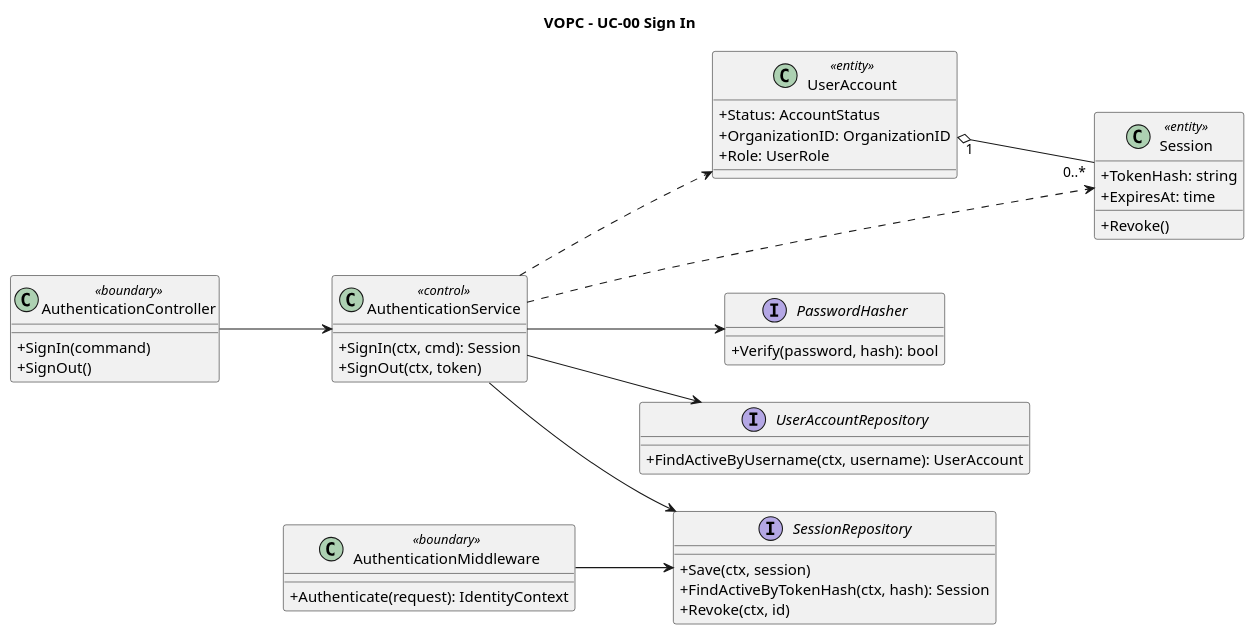
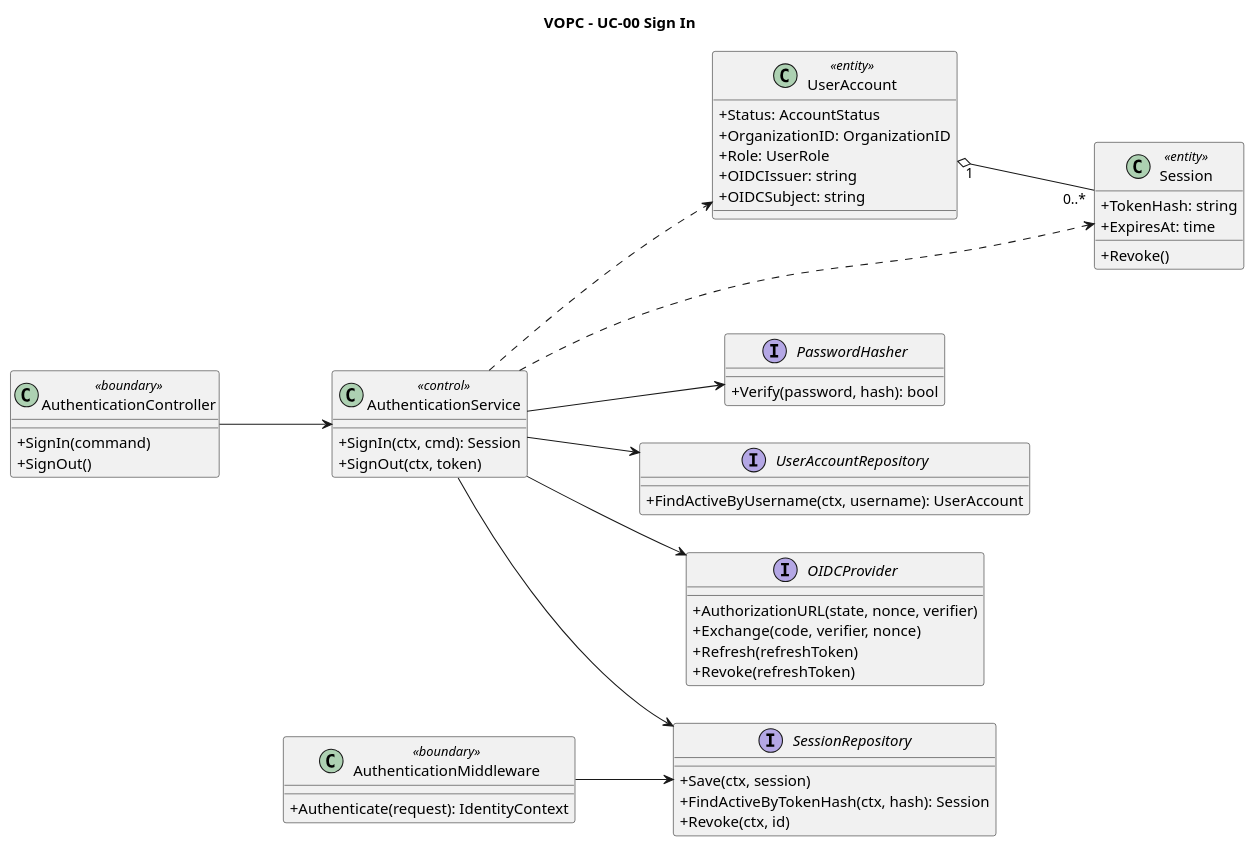
The diagram in orchestrator_docs/usecase/UC-00/vopc.puml (pr3s3nt/poc), drawn with PlantUML before and after one commit. The commit also changed 8 other files, not shown here.

```diff
--- a/orchestrator_docs/usecase/UC-00/vopc.puml
+++ b/orchestrator_docs/usecase/UC-00/vopc.puml
@@ -1,45 +1,54 @@
 @startuml
 title VOPC - UC-00 Sign In
 left to right direction
 skinparam classAttributeIconSize 0
 class AuthenticationController <<boundary>> {
   +SignIn(command)
   +SignOut()
 }
 class AuthenticationService <<control>> {
   +SignIn(ctx, cmd): Session
   +SignOut(ctx, token)
 }
 class AuthenticationMiddleware <<boundary>> {
   +Authenticate(request): IdentityContext
 }
 class UserAccount <<entity>> {
   +Status: AccountStatus
   +OrganizationID: OrganizationID
   +Role: UserRole
+  +OIDCIssuer: string
+  +OIDCSubject: string
 }
 class Session <<entity>> {
   +TokenHash: string
   +ExpiresAt: time
   +Revoke()
 }
 interface PasswordHasher {
   +Verify(password, hash): bool
 }
 interface UserAccountRepository {
   +FindActiveByUsername(ctx, username): UserAccount
 }
 interface SessionRepository {
   +Save(ctx, session)
   +FindActiveByTokenHash(ctx, hash): Session
   +Revoke(ctx, id)
 }
 AuthenticationController --> AuthenticationService
 AuthenticationMiddleware --> SessionRepository
 AuthenticationService --> PasswordHasher
 AuthenticationService --> UserAccountRepository
 AuthenticationService --> SessionRepository
 AuthenticationService ..> UserAccount
 AuthenticationService ..> Session
 UserAccount "1" o-- "0..*" Session
+interface OIDCProvider {
+  +AuthorizationURL(state, nonce, verifier)
+  +Exchange(code, verifier, nonce)
+  +Refresh(refreshToken)
+  +Revoke(refreshToken)
+}
+AuthenticationService --> OIDCProvider
 @enduml
```
